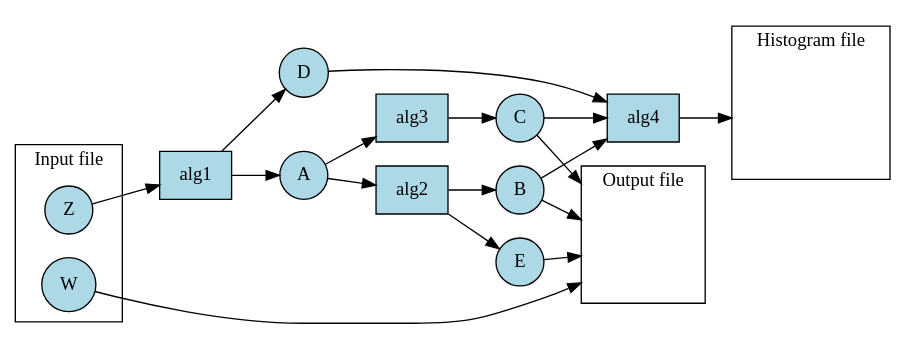
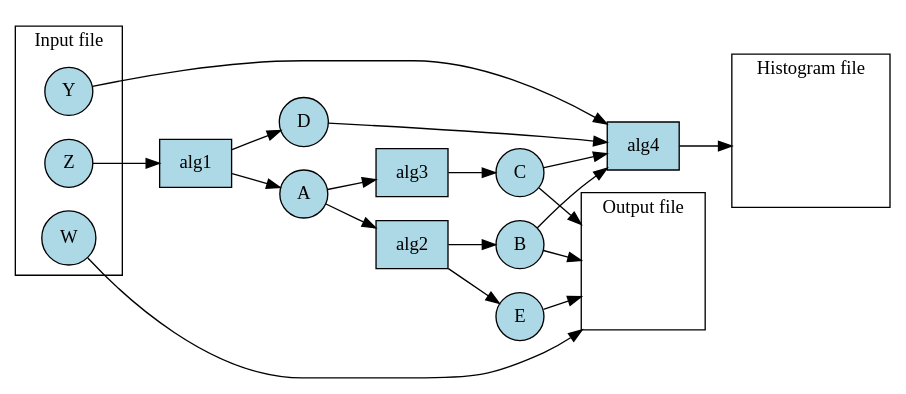
Before and after one commit to Dr15Jones/toy-mt-framework: the diagram in high-level-framework-talk/flow.dot, drawn with Graphviz. The commit also changed 2 other files, not shown here.

```diff
--- a/high-level-framework-talk/flow.dot
+++ b/high-level-framework-talk/flow.dot
@@ -1,33 +1,34 @@
 digraph f
 {
    rankdir=LR;
    compound=true;
    node [fontsize=14];
    node [shape=box, style=filled, fillcolor=lightblue];
    alg1; alg2; alg3; alg4;
 
    node [shape=circle, style=filled, fillcolor=lightblue];
-   subgraph cluster_input { label="Input file"; W; Z; }
+   subgraph cluster_input { label="Input file"; W; Y; Z; }
    A; B; C; D; E; W; Z;
 
    Z -> alg1;
    alg1 -> D;
    alg1 -> A;
    D -> alg4;
    A -> alg2;
    A -> alg3;
    alg2 -> E;
    alg2 -> B;
    alg3 -> C;
    C -> alg4;
    B -> alg4;
-   
-   subgraph cluster_output { label="Output file"; invis [style=invisible];}
+   Y -> alg4;
+
+   subgraph cluster_output { label="Output file"; invis [style=invisible, group=a]; }
    W -> invis [lhead=cluster_output]
    B -> invis [lhead=cluster_output]
    C -> invis [lhead=cluster_output]
    E -> invis [lhead=cluster_output]
    
-   subgraph cluster_hist { label="Histogram file"; invis2 [style=invisible];}
+   subgraph cluster_hist { label="Histogram file"; invis2 [style=invisible, group=a]; }
    alg4 -> invis2 [lhead=cluster_hist]
 }
```
